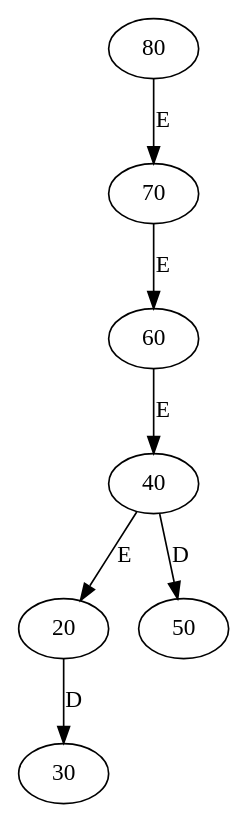
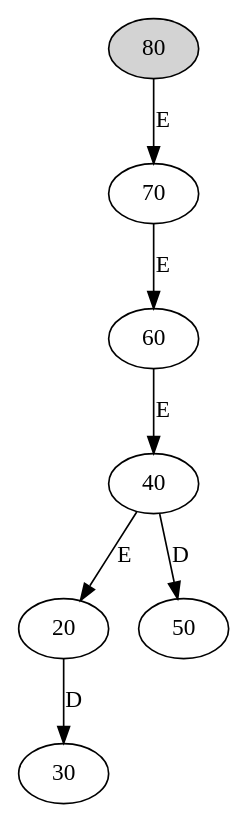
The diagram in visualizacoes/splay/splay_1_inicial.dot (zCarlos17/Estrutura-em-Arvores), drawn with Graphviz before and after one commit. The commit also changed 76 other files, not shown here.

Commit message:
diagramas visuais e correções na formatação do relatório LaTeX

```diff
--- a/visualizacoes/splay/splay_1_inicial.dot
+++ b/visualizacoes/splay/splay_1_inicial.dot
@@ -1,15 +1,15 @@
 digraph Splay {
-    node0x55e19e6ff750 [label="80"];
-    node0x55e19e6ff750 -> node0x55e19e7001e0 [label="E"];
-    node0x55e19e7001e0 [label="70"];
-    node0x55e19e7001e0 -> node0x55e19e6ff720 [label="E"];
-    node0x55e19e6ff720 [label="60"];
-    node0x55e19e6ff720 -> node0x55e19e6ff6f0 [label="E"];
-    node0x55e19e6ff6f0 [label="40"];
-    node0x55e19e6ff6f0 -> node0x55e19e6ff6c0 [label="E"];
-    node0x55e19e6ff6c0 [label="20"];
-    node0x55e19e6ff6c0 -> node0x55e19e7001b0 [label="D"];
-    node0x55e19e7001b0 [label="30"];
-    node0x55e19e6ff6f0 -> node0x55e19e700300 [label="D"];
-    node0x55e19e700300 [label="50"];
+    node0x55b7ec1c5750 [label="80", style=filled, fillcolor=lightgray];
+    node0x55b7ec1c5750 -> node0x55b7ec1c61e0 [label="E"];
+    node0x55b7ec1c61e0 [label="70"];
+    node0x55b7ec1c61e0 -> node0x55b7ec1c5720 [label="E"];
+    node0x55b7ec1c5720 [label="60"];
+    node0x55b7ec1c5720 -> node0x55b7ec1c56f0 [label="E"];
+    node0x55b7ec1c56f0 [label="40"];
+    node0x55b7ec1c56f0 -> node0x55b7ec1c56c0 [label="E"];
+    node0x55b7ec1c56c0 [label="20"];
+    node0x55b7ec1c56c0 -> node0x55b7ec1c61b0 [label="D"];
+    node0x55b7ec1c61b0 [label="30"];
+    node0x55b7ec1c56f0 -> node0x55b7ec1c6300 [label="D"];
+    node0x55b7ec1c6300 [label="50"];
 }
```
